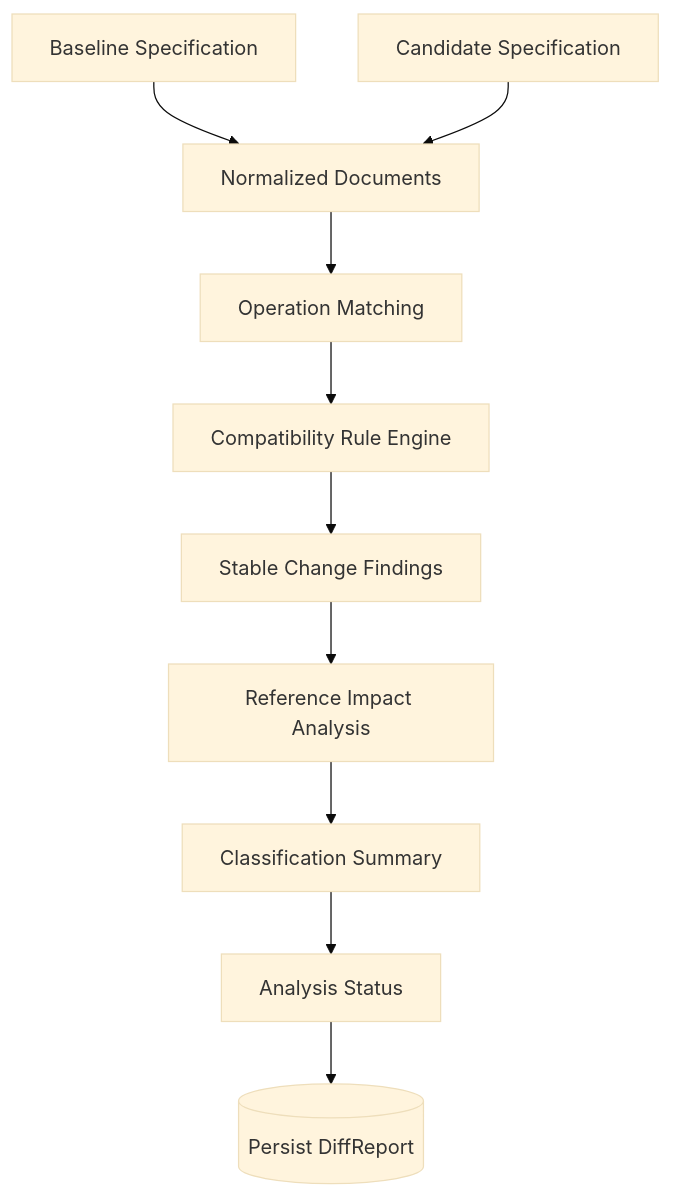
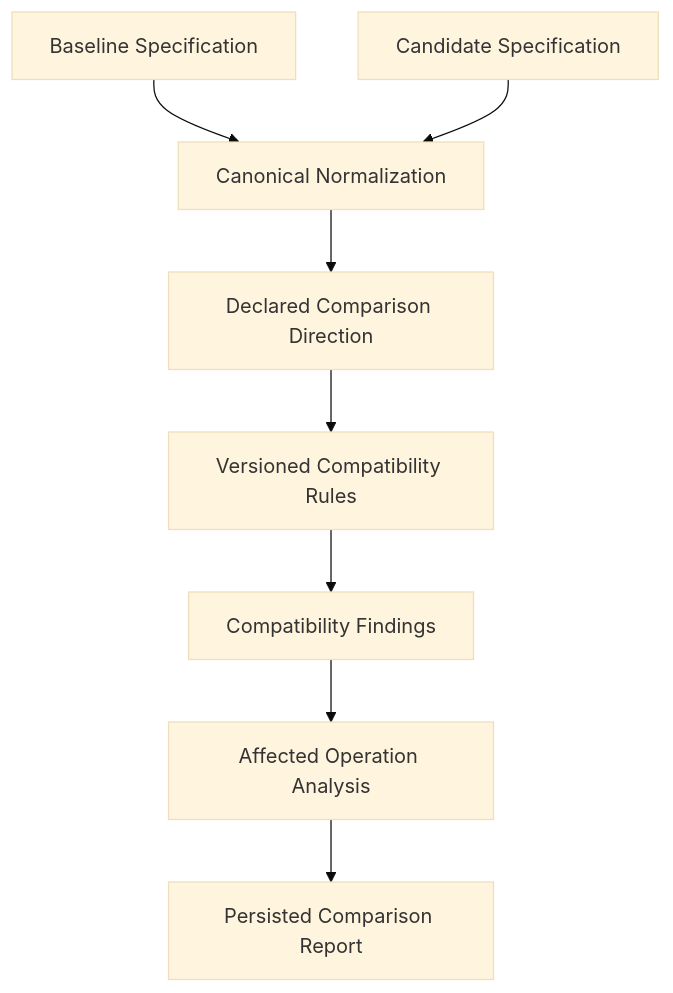
One commit to Swayam-Aggarwal/ContractGuard changed the fifth of 9 diagrams in docs/Architecture.md. Above: the diagram before and after it, drawn with Mermaid (base theme). The commit also changed other lines of this file and 40 other files, not shown here.

````diff
--- a/docs/Architecture.md
+++ b/docs/Architecture.md
@@ -558,23 +289,19 @@
 ```mermaid
 flowchart TD
-    BASELINE["Baseline Specification"]
-    CANDIDATE["Candidate Specification"]
-    NORMALIZE["Normalized Documents"]
-    MATCH["Operation Matching"]
-    COMPARE["Compatibility Rule Engine"]
-    FINDINGS["Stable Change Findings"]
-    IMPACT["Reference Impact Analysis"]
-    SUMMARY["Classification Summary"]
-    STATUS["Analysis Status"]
-    REPORT[("Persist DiffReport")]
+    Baseline["Baseline Specification"]
+    Candidate["Candidate Specification"]
+    Normalize["Canonical Normalization"]
+    Direction["Declared Comparison Direction"]
+    Rules["Versioned Compatibility Rules"]
+    Changes["Compatibility Findings"]
+    Impact["Affected Operation Analysis"]
+    Report["Persisted Comparison Report"]
 
-    BASELINE --> NORMALIZE
-    CANDIDATE --> NORMALIZE
-    NORMALIZE --> MATCH
-    MATCH --> COMPARE
-    COMPARE --> FINDINGS
-    FINDINGS --> IMPACT
-    IMPACT --> SUMMARY
-    SUMMARY --> STATUS
-    STATUS --> REPORT
+    Baseline --> Normalize
+    Candidate --> Normalize
+    Normalize --> Direction
+    Direction --> Rules
+    Rules --> Changes
+    Changes --> Impact
+    Impact --> Report
 ```
````
